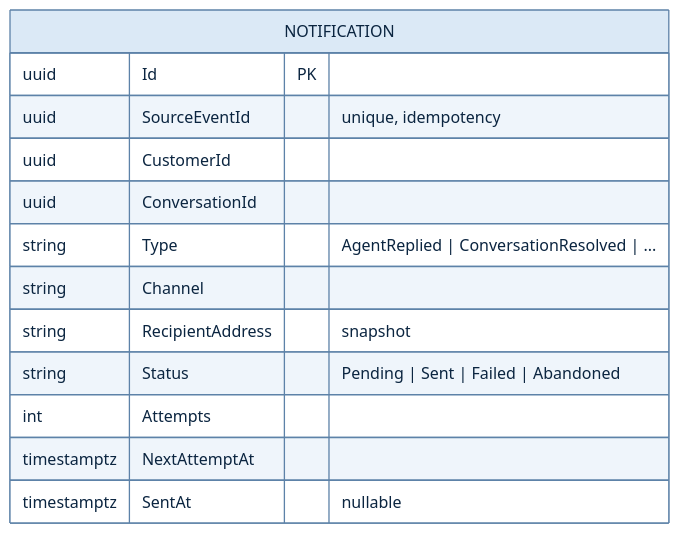
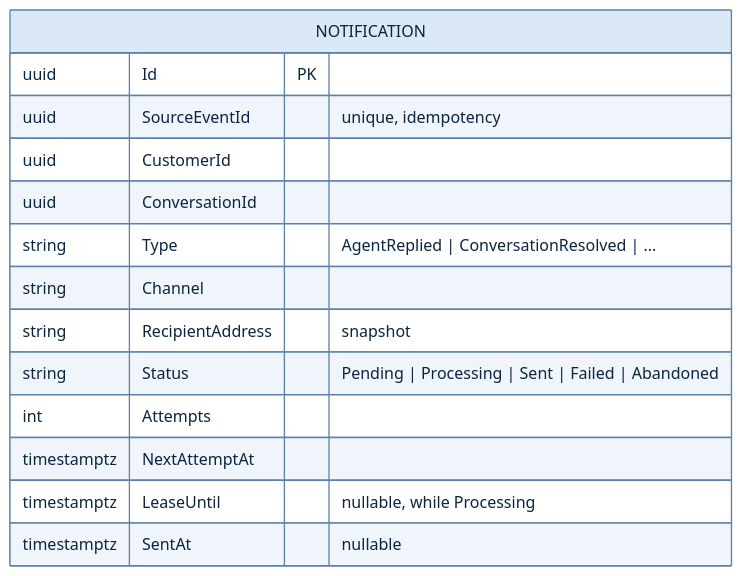
One commit to iarel/SupportFlow changed the seventh of 9 diagrams in docs/domain-model.md. Above: the diagram before and after it, drawn with Mermaid. The commit also changed other lines of this file and 15 other files, not shown here.

````diff
--- a/docs/domain-model.md
+++ b/docs/domain-model.md
@@ -481,17 +491,18 @@
 ```mermaid
 %%{init: {"theme":"base","themeVariables":{"primaryColor":"#dbe9f6","primaryTextColor":"#0b2540","primaryBorderColor":"#5d82a8","lineColor":"#e67700","secondaryColor":"#dbe9f6","tertiaryColor":"#f1f5fa","clusterBkg":"#f1f5fa","clusterBorder":"#5d82a8","titleColor":"#0b4884","edgeLabelBackground":"#fff4e6","textColor":"#e67700","actorBkg":"#438dd5","actorTextColor":"#ffffff","actorBorder":"#2e6295","actorLineColor":"#e67700","signalColor":"#e67700","signalTextColor":"#e67700","labelBoxBkgColor":"#dbe9f6","labelBoxBorderColor":"#5d82a8","labelTextColor":"#0b2540","loopTextColor":"#e67700","noteBkgColor":"#fff4e6","noteTextColor":"#0b2540","noteBorderColor":"#e67700","activationBkgColor":"#dbe9f6","attributeBackgroundColorOdd":"#ffffff","attributeBackgroundColorEven":"#f1f5fa"}}}%%
 erDiagram
     NOTIFICATION {
         uuid Id PK
         uuid SourceEventId "unique, idempotency"
         uuid CustomerId
         uuid ConversationId
         string Type "AgentReplied | ConversationResolved | ..."
         string Channel
         string RecipientAddress "snapshot"
-        string Status "Pending | Sent | Failed | Abandoned"
+        string Status "Pending | Processing | Sent | Failed | Abandoned"
         int Attempts
         timestamptz NextAttemptAt
+        timestamptz LeaseUntil "nullable, while Processing"
         timestamptz SentAt "nullable"
     }
 ```
````
